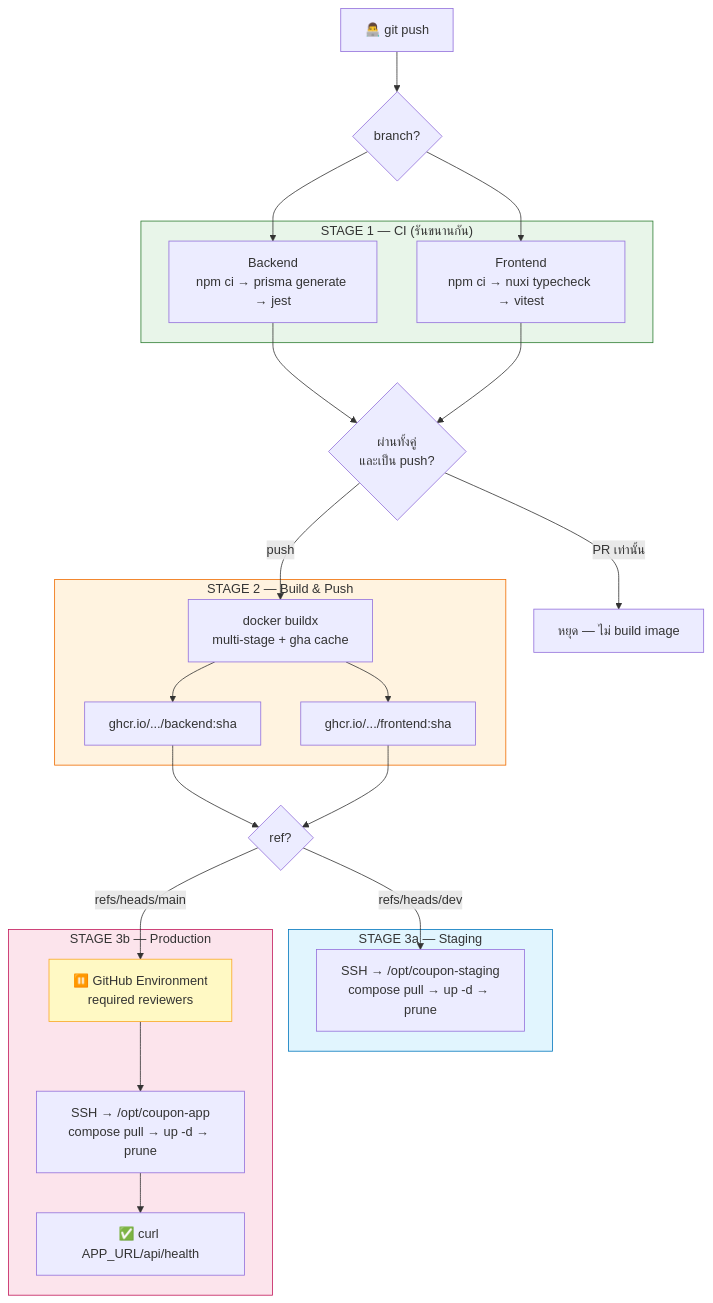
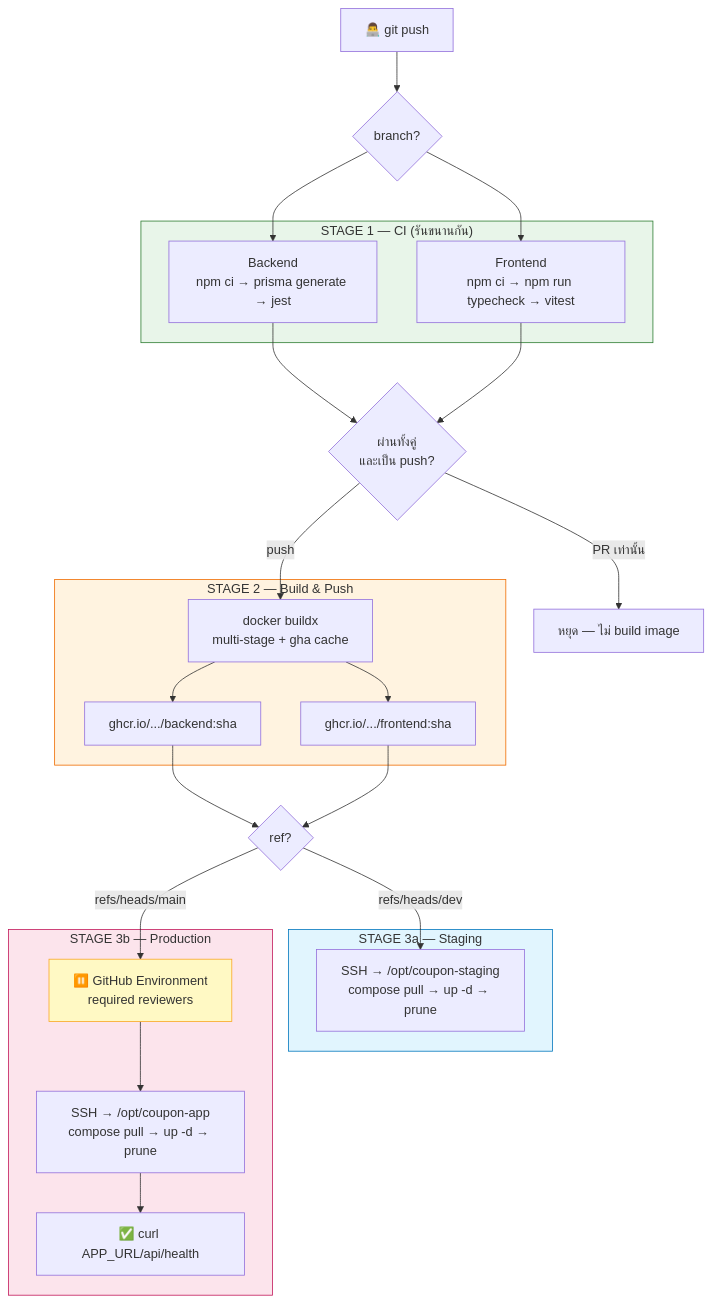
Before and after one commit to FramNaVer/Exam-ClickNext-WebCoupon: the sixth of 9 diagrams in ARCHITECTURE.md, drawn with Mermaid. The commit also changed 4 other files, not shown here.

Commit message:
refactor: update CI workflow and architecture documentation for type checking, upgrade dependencies

````diff
--- a/ARCHITECTURE.md
+++ b/ARCHITECTURE.md
@@ -304,48 +304,48 @@
 ```mermaid
 flowchart TB
     DEV["👨‍💻 git push"] --> BR{"branch?"}
 
     subgraph ci["STAGE 1 — CI (รันขนานกัน)"]
         BCI["Backend<br/>npm ci → prisma generate → jest"]
-        FCI["Frontend<br/>npm ci → nuxi typecheck → vitest"]
+        FCI["Frontend<br/>npm ci → npm run typecheck → vitest"]
     end
 
     BR --> BCI
     BR --> FCI
 
     BCI --> GATE{"ผ่านทั้งคู่<br/>และเป็น push?"}
     FCI --> GATE
     GATE -->|"PR เท่านั้น"| STOP["หยุด — ไม่ build image"]
 
     subgraph build["STAGE 2 — Build & Push"]
         B1["docker buildx<br/>multi-stage + gha cache"]
         B2["ghcr.io/.../backend:sha"]
         B3["ghcr.io/.../frontend:sha"]
         B1 --> B2
         B1 --> B3
     end
 
     GATE -->|"push"| B1
 
     B2 --> DEPLOY{"ref?"}
     B3 --> DEPLOY
     DEPLOY -->|"refs/heads/dev"| STG
     DEPLOY -->|"refs/heads/main"| APPROVE
 
     subgraph stg["STAGE 3a — Staging"]
         STG["SSH → /opt/coupon-staging<br/>compose pull → up -d → prune"]
     end
 
     subgraph prd["STAGE 3b — Production"]
         APPROVE["⏸️ GitHub Environment<br/>required reviewers"]
         PROD["SSH → /opt/coupon-app<br/>compose pull → up -d → prune"]
         HC["✅ curl APP_URL/api/health"]
         APPROVE --> PROD --> HC
     end
 
     style ci fill:#e8f5e9,stroke:#2e7d32
     style build fill:#fff3e0,stroke:#ef6c00
     style stg fill:#e1f5fe,stroke:#0277bd
     style prd fill:#fce4ec,stroke:#c2185b
     style APPROVE fill:#fff9c4,stroke:#f9a825
 ```
````
